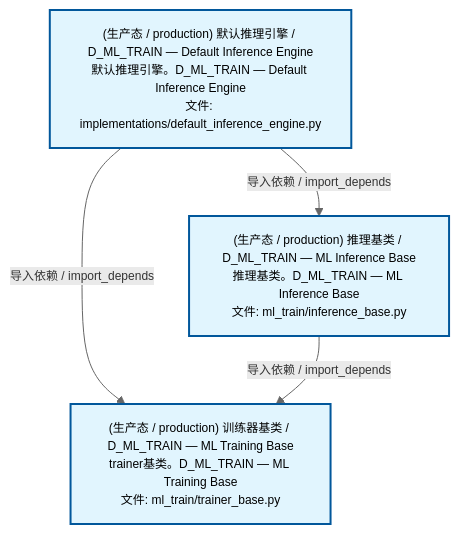
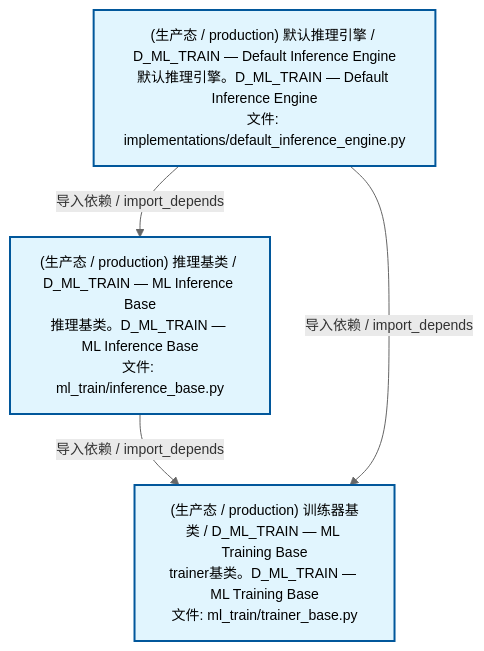
The second of 4 diagrams in docs/02_enterprise_architecture/02_domain_architecture_docs/61_d_ml_train.md (xuanFelixVan/ZephyrAlpha), drawn with Mermaid before and after one commit. The commit also changed other lines of this file and 61 other files, not shown here.

````diff
--- a/docs/02_enterprise_architecture/02_domain_architecture_docs/61_d_ml_train.md
+++ b/docs/02_enterprise_architecture/02_domain_architecture_docs/61_d_ml_train.md
@@ -99,15 +99,15 @@
 ```mermaid
-%%{init: {'theme': 'base', 'themeVariables': {'primaryColor': '#eaeaea', 'primaryTextColor': '#333333', 'primaryBorderColor': '#666666', 'lineColor': '#666666', 'secondaryColor': '#eaeaea', 'tertiaryColor': '#eaeaea', 'fontSize': '12px'}}}%%
+%%{init: {'theme': 'base', 'themeVariables': {'primaryColor': '#eaeaea', 'primaryTextColor': '#333333', 'primaryBorderColor': '#666666', 'lineColor': '#666666', 'secondaryColor': '#eaeaea', 'tertiaryColor': '#eaeaea', 'fontSize': '14px'}}}%%
 flowchart TD
     src_zephyr_ml_train_implementations_default_inference_engine_py["(生产态 / production) 默认推理引擎 / D_ML_TRAIN — Default Inference Engine<br/>默认推理引擎。D_ML_TRAIN — Default Inference Engine<br/>文件: implementations/default_inference_engine.py"]
     src_zephyr_ml_train_inference_base_py["(生产态 / production) 推理基类 / D_ML_TRAIN — ML Inference Base<br/>推理基类。D_ML_TRAIN — ML Inference Base<br/>文件: ml_train/inference_base.py"]
     src_zephyr_ml_train_trainer_base_py["(生产态 / production) 训练器基类 / D_ML_TRAIN — ML Training Base<br/>trainer基类。D_ML_TRAIN — ML Training Base<br/>文件: ml_train/trainer_base.py"]
+    src_zephyr_ml_train_inference_base_py -->|导入依赖 / import_depends| src_zephyr_ml_train_trainer_base_py
+    src_zephyr_ml_train_implementations_default_inference_engine_py -->|导入依赖 / import_depends| src_zephyr_ml_train_inference_base_py
     src_zephyr_ml_train_implementations_default_inference_engine_py -->|导入依赖 / import_depends| src_zephyr_ml_train_trainer_base_py
-    src_zephyr_ml_train_implementations_default_inference_engine_py -->|导入依赖 / import_depends| src_zephyr_ml_train_inference_base_py
-    src_zephyr_ml_train_inference_base_py -->|导入依赖 / import_depends| src_zephyr_ml_train_trainer_base_py
     classDef production fill:#e1f5fe,stroke:#01579b,stroke-width:2px,color:#000
     classDef design fill:#fff3e0,stroke:#e65100,stroke-width:2px,color:#000,stroke-dasharray: 5 5
     classDef external_prod fill:#e8f4fd,stroke:#0277bd,stroke-width:1px,color:#000
     classDef external_design fill:#fff8e7,stroke:#ef6c00,stroke-width:1px,color:#000,stroke-dasharray: 5 5
     class src_zephyr_ml_train_implementations_default_inference_engine_py,src_zephyr_ml_train_inference_base_py,src_zephyr_ml_train_trainer_base_py production
 ```
````
